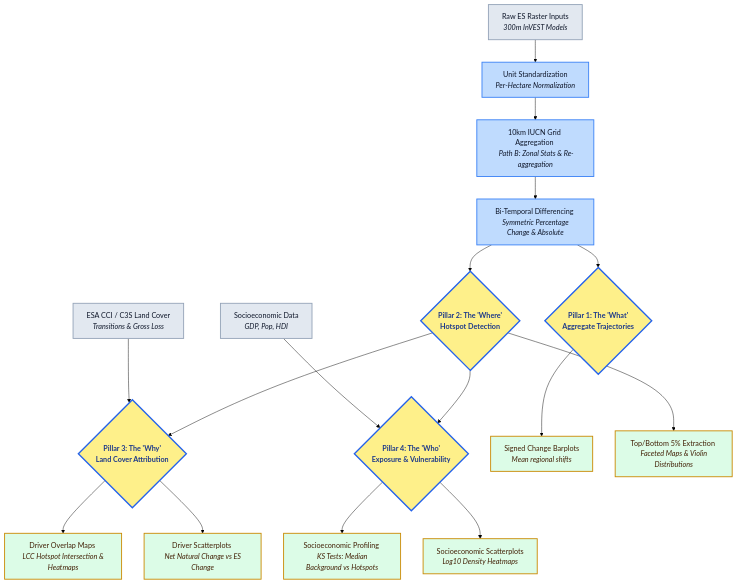
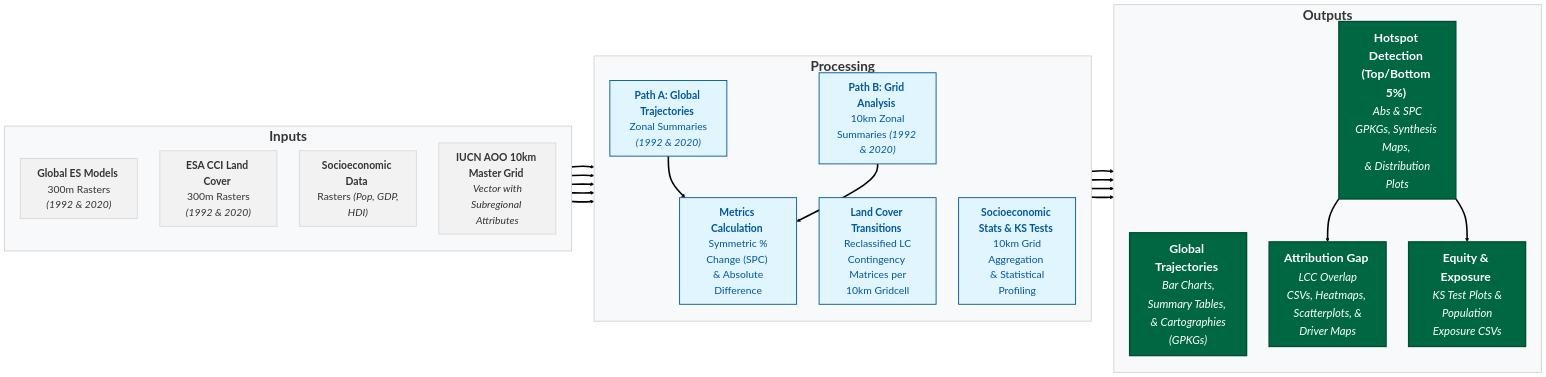
Before and after one commit to springinnovate/global_NCP: the diagram in workflow.qmd, drawn with Mermaid (forest theme). The commit also changed other lines of this file, not shown here.

Commit message:
stable workflow qmd

````diff
--- a/workflow.qmd
+++ b/workflow.qmd
@@ -1,40 +6,71 @@
 ```{mermaid}
-graph TD
+flowchart LR
+    %% Subgraph Styling
+    style INPUTS fill:#F8F9FA,stroke:#D3D3D3,stroke-width:2px
+    style PROCESSING fill:#F8F9FA,stroke:#D3D3D3,stroke-width:2px
+    style OUTPUTS fill:#F8F9FA,stroke:#D3D3D3,stroke-width:2px
+
     %% Input Layer
-    RawES[Raw ES Raster Inputs <br> <i>300m InVEST Models</i>] --> Norm[Unit Standardization <br> <i>Per-Hectare Normalization</i>]
-    RawLC[ESA CCI / C3S Land Cover <br> <i>Transitions & Gross Loss</i>] --> P3
-    RawSoc[Socioeconomic Data <br> <i>GDP, Pop, HDI</i>] --> P4
+    subgraph INPUTS ["<span style='font-size: 30px; font-weight: bold; color: #222222;'>Inputs</span><br/>"]
+        direction TB
+        RawES["<b>Global ES Models</b> <br/> 300m Rasters <i>(1992 & 2020)</i>"]
+        RawLC["<b>ESA CCI Land Cover</b> <br/> 300m Rasters <i>(1992 & 2020)</i>"]
+        RawSoc["<b>Socioeconomic Data</b> <br/> Rasters <i>(Pop, GDP, HDI)</i>"]
+        RawGrid["<b>IUCN AOO 10km Master Grid</b> <br/> <i>Vector with Subregional Attributes</i>"]
+    end
 
-    %% Aggregation & Math Layer
-    Norm --> Agg[10km IUCN Grid Aggregation <br> <i>Path B: Zonal Stats & Re-aggregation</i>]
-    Agg --> Math[Bi-Temporal Differencing <br> <i>Symmetric Percentage Change & Absolute</i>]
+    %% Processing Layer
+    subgraph PROCESSING ["<span style='font-size: 30px; font-weight: bold; color: #222222;'>Processing</span><br/>"]
+        direction TB
+        IntA["<b>Path A: Global Trajectories</b> <br/> Zonal Summaries <i>(1992 & 2020)</i>"]
+        IntB["<b>Path B: Grid Analysis</b> <br/> 10km Zonal Summaries <i>(1992 & 2020)</i>"]
+        Math["<b>Metrics Calculation</b> <br/> Symmetric % Change (SPC) <br/> & Absolute Difference"]
 
-    %% Pillar 1
-    Math --> P1{Pillar 1: The 'What' <br> Aggregate Trajectories}
-    P1 --> P1a[Signed Change Barplots <br> <i>Mean regional shifts</i>]
+        MathLC["<b>Land Cover Transitions</b> <br/> Reclassified LC Contingency <br/> Matrices per 10km Gridcell"]
+        MathSoc["<b>Socioeconomic Stats & KS Tests</b> <br/> 10km Grid Aggregation <br/> & Statistical Profiling"]
+    end
 
-    %% Pillar 2
-    Math --> P2{Pillar 2: The 'Where' <br> Hotspot Detection}
-    P2 --> P2a[Top/Bottom 5% Extraction <br> <i>Faceted Maps & Violin Distributions</i>]
+    %% Outputs Layer
+    subgraph OUTPUTS ["<span style='font-size: 30px; font-weight: bold; color: #222222;'>Outputs</span><br/>"]
+        direction TB
+        P1["<b>Global Trajectories</b> <br/> <i style='font-size: 25px; font-weight: normal;'>Bar Charts, Summary Tables, <br/> & Cartographies (GPKGs)</i>"]
+        P2["<b>Hotspot Detection (Top/Bottom 5%)</b> <br/> <i style='font-size: 25px; font-weight: normal;'>Abs & SPC GPKGs, Synthesis Maps, <br/> & Distribution Plots</i>"]
+        P3["<b>Attribution Gap</b> <br/> <i style='font-size: 25px; font-weight: normal;'>LCC Overlap CSVs, Heatmaps, <br/> Scatterplots, & Driver Maps</i>"]
+        P4["<b>Equity & Exposure</b> <br/> <i style='font-size: 25px; font-weight: normal;'>KS Test Plots & <br/> Population Exposure CSVs</i>"]
+    end
 
-    %% Pillar 3
-    P2 --> P3{Pillar 3: The 'Why' <br> Land Cover Attribution}
-    P3 --> P3a[Driver Overlap Maps <br> <i>LCC Hotspot Intersection & Heatmaps</i>]
-    P3 --> P3b[Driver Scatterplots <br> <i>Net Natural Change vs ES Change</i>]
+    %% Logical Connections
+    RawGrid ==> IntB
 
-    %% Pillar 4
-    P2 --> P4{Pillar 4: The 'Who' <br> Exposure & Vulnerability}
-    P4 --> P4a[Socioeconomic Profiling <br> <i>KS Tests: Median Background vs Hotspots</i>]
-    P4 --> P4b[Socioeconomic Scatterplots <br> <i>Log10 Density Heatmaps</i>]
+    RawES ==> IntA
+    RawES ==> IntB
 
-    %% Styling
-    classDef inputs fill:#e2e8f0,stroke:#94a3b8,stroke-width:2px,color:#0f172a;
-    classDef processing fill:#bfdbfe,stroke:#3b82f6,stroke-width:2px,color:#0f172a;
-    classDef pillar fill:#fef08a,stroke:#2563eb,stroke-width:3px,color:#1e3a8a,font-weight:bold;
-    classDef outputs fill:#dcfce7,stroke:#ca8a04,stroke-width:2px,color:#422006;
+    IntA ==> Math
+    IntB ==> Math
 
-    class RawES,RawLC,RawSoc inputs;
-    class Norm,Agg,Math processing;
+    Math ==> P1
+    Math ==> P2
+
+    %% Downstream Analysis from Hotspots (P2)
+    P2 ==> P3
+    RawLC ==> MathLC
+    MathLC ==> P3
+
+    P2 ==> P4
+    RawSoc ==> MathSoc
+    MathSoc ==> P4
+
+    %% Layout Guides (Forces boxes to match heights and center-align)
+    RawGrid ~~~ MathSoc
+    IntA ~~~ P1
+
+    %% Visual Styling - WWF Palette
+    classDef inputs fill:#F2F2F2,stroke:#D9D9D9,stroke-width:2px,color:#333,font-size:23px;
+    classDef processing fill:#E1F5FE,stroke:#01579B,stroke-width:2px,color:#01579B,font-size:23px;
+    classDef pillar fill:#006743,stroke:#004D33,stroke-width:3px,color:#FFF,font-weight:bold,font-size:27px;
+
+    %% Explicit Class Assignments
+    class RawES,RawLC,RawSoc,RawGrid inputs;
+    class IntA,IntB,Math,MathLC,MathSoc processing;
     class P1,P2,P3,P4 pillar;
-    class P1a,P2a,P3a,P3b,P4a,P4b outputs;
 ```
````
